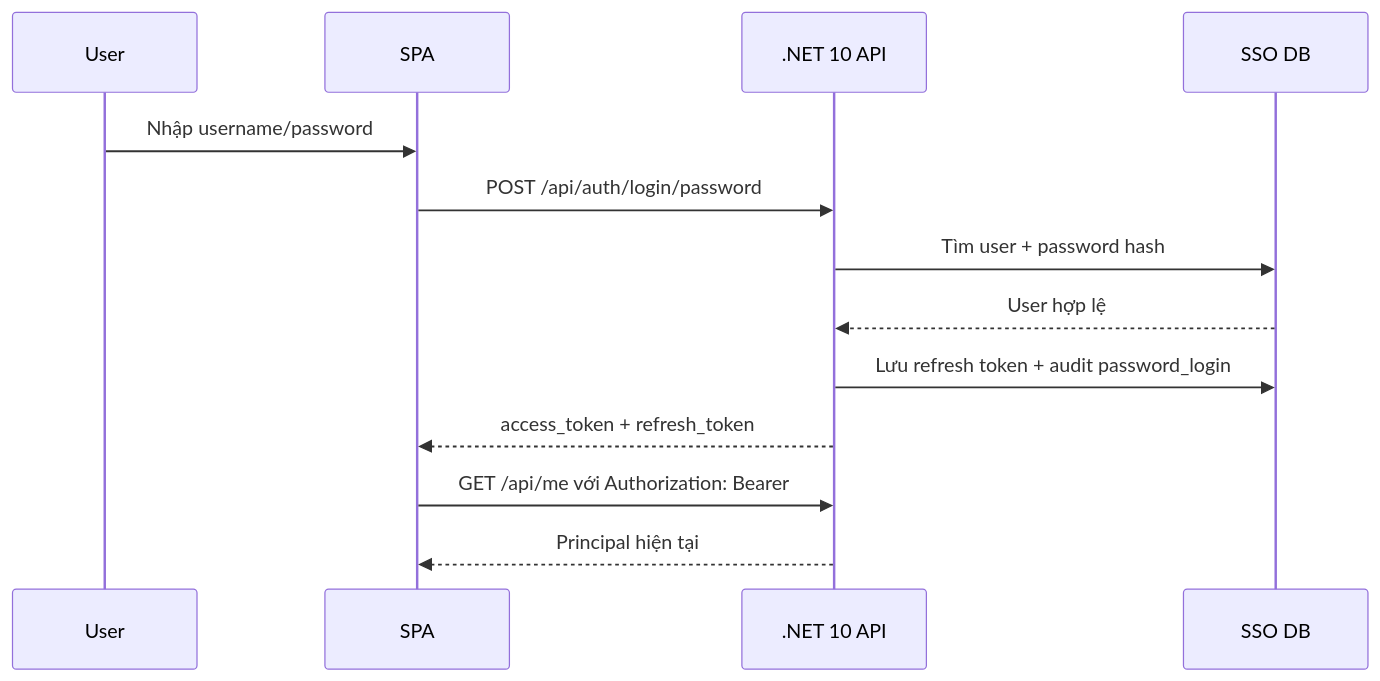
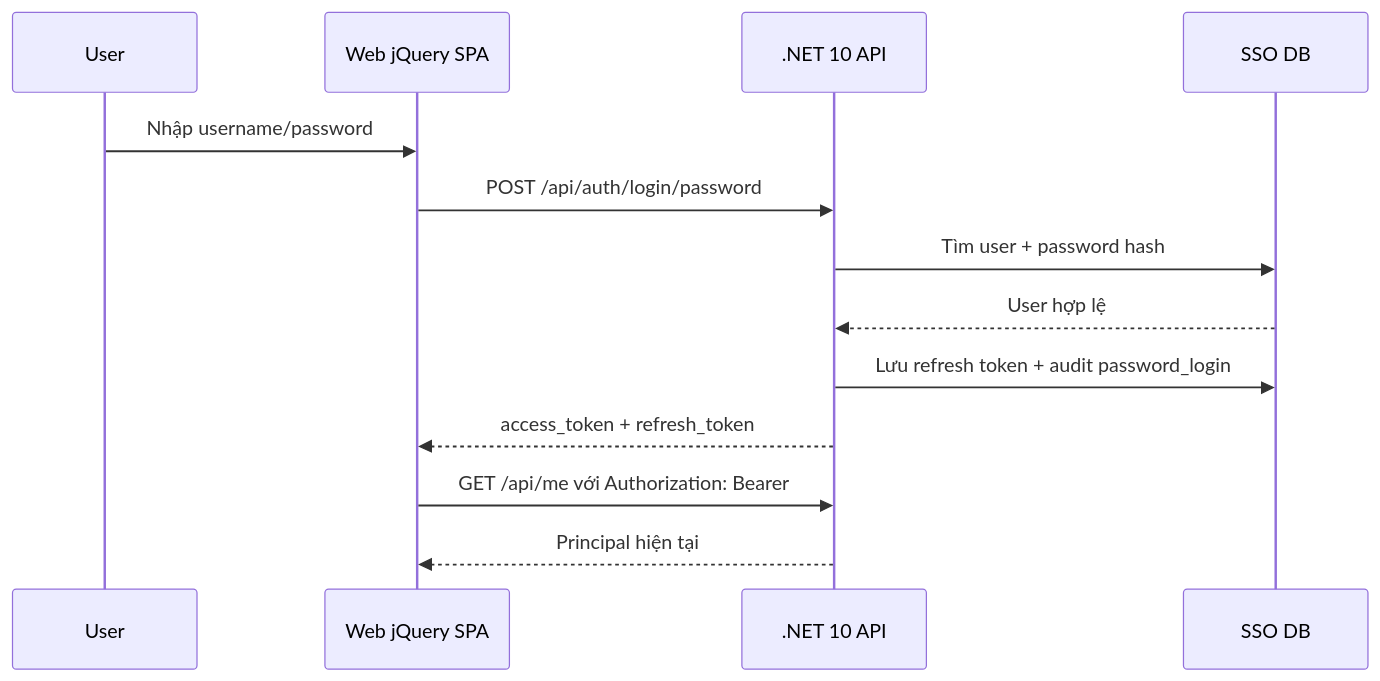
The second of 5 diagrams in docs/sso-design.md (cleondev/SSOExample), drawn with Mermaid before and after one commit. The commit also changed other lines of this file and 18 other files, not shown here.

Commit message:
Host jQuery SPA in Web project only

````diff
--- a/docs/sso-design.md
+++ b/docs/sso-design.md
@@ -46,16 +46,16 @@
 ```mermaid
 sequenceDiagram
     participant U as User
-    participant SPA as SPA
+    participant Web as Web jQuery SPA
     participant API as .NET 10 API
     participant DB as SSO DB
 
-    U->>SPA: Nhập username/password
-    SPA->>API: POST /api/auth/login/password
+    U->>Web: Nhập username/password
+    Web->>API: POST /api/auth/login/password
     API->>DB: Tìm user + password hash
     DB-->>API: User hợp lệ
     API->>DB: Lưu refresh token + audit password_login
-    API-->>SPA: access_token + refresh_token
-    SPA->>API: GET /api/me với Authorization: Bearer
-    API-->>SPA: Principal hiện tại
+    API-->>Web: access_token + refresh_token
+    Web->>API: GET /api/me với Authorization: Bearer
+    API-->>Web: Principal hiện tại
 ```
````
